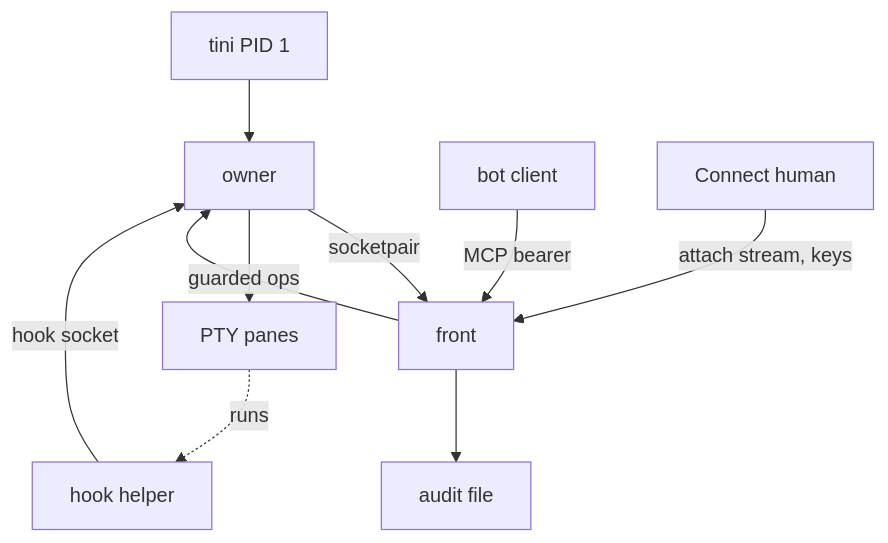
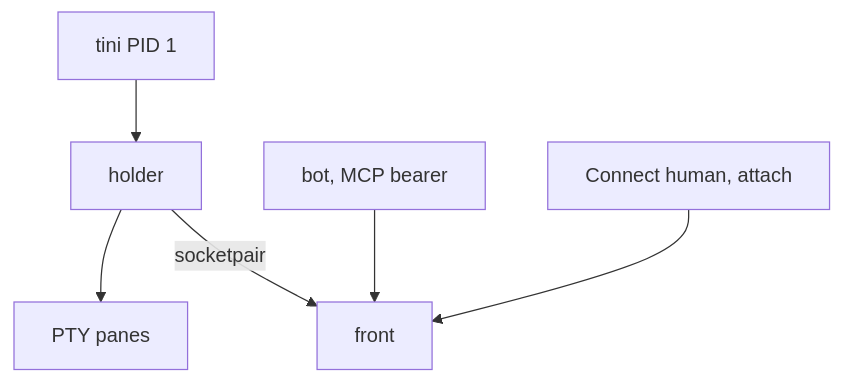
One commit to openabdev/openab-shepherd changed the diagram in docs/adr/restart-survival-and-shared-panes.md. Above: the diagram before and after it, drawn with Mermaid. The commit also changed other lines of this file, not shown here.

First line of the commit message:
docs(adr): rescope restart survival to holder/front for one user, one account

````diff
--- a/docs/adr/restart-survival-and-shared-panes.md
+++ b/docs/adr/restart-survival-and-shared-panes.md
@@ -48,12 +25,8 @@
 ```mermaid
 flowchart TD
-  T[tini PID 1] --> O[owner]
-  O -- socketpair --> F[front]
-  O --> P[PTY panes]
-  B[bot client] -- MCP bearer --> F
-  H[Connect human] -- attach stream, keys --> F
-  F -- guarded ops --> O
-  F --> A[audit file]
-  K[hook helper] -- hook socket --> O
-  P -. runs .-> K
+  T[tini PID 1] --> H[holder]
+  H -- socketpair --> F[front]
+  H --> P[PTY panes]
+  B[bot, MCP bearer] --> F
+  C[Connect human, attach] --> F
 ```
````
